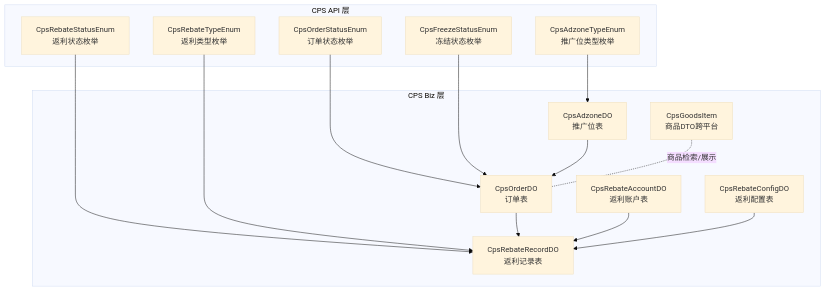
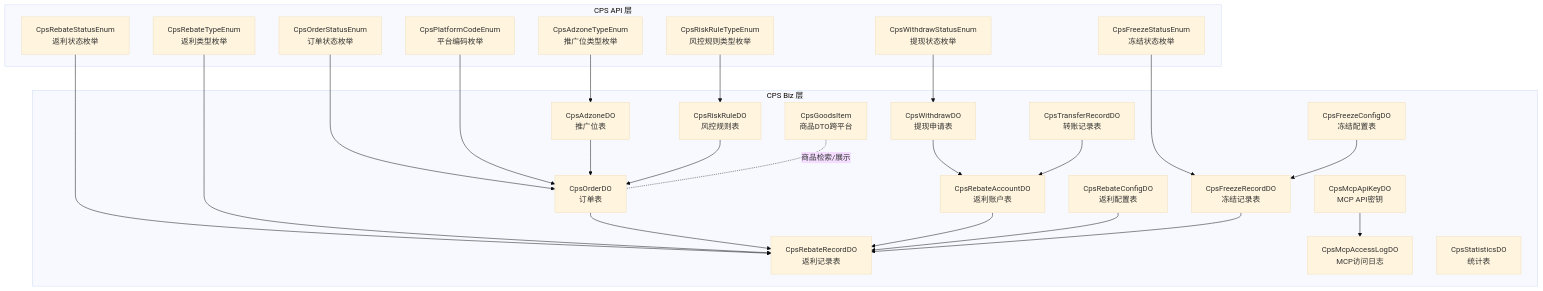
The first of 3 diagrams in .qoder/repowiki/zh/content/数据库设计/核心业务表设计/CPS 业务表设计.md (zhuangpengLI/AgenticCPS), drawn with Mermaid (base theme) before and after one commit. The commit also changed other lines of this file and 42 other files, not shown here.

````diff
--- a/.qoder/repowiki/zh/content/数据库设计/核心业务表设计/CPS 业务表设计.md
+++ b/.qoder/repowiki/zh/content/数据库设计/核心业务表设计/CPS 业务表设计.md
@@ -42,28 +63,48 @@
 ```mermaid
 graph TB
 subgraph "CPS API 层"
 E1["CpsOrderStatusEnum<br/>订单状态枚举"]
 E2["CpsRebateStatusEnum<br/>返利状态枚举"]
 E3["CpsFreezeStatusEnum<br/>冻结状态枚举"]
 E4["CpsAdzoneTypeEnum<br/>推广位类型枚举"]
 E5["CpsRebateTypeEnum<br/>返利类型枚举"]
+E6["CpsRiskRuleTypeEnum<br/>风控规则类型枚举"]
+E7["CpsWithdrawStatusEnum<br/>提现状态枚举"]
+E8["CpsPlatformCodeEnum<br/>平台编码枚举"]
 end
 subgraph "CPS Biz 层"
 O["CpsOrderDO<br/>订单表"]
 A["CpsAdzoneDO<br/>推广位表"]
 R["CpsRebateRecordDO<br/>返利记录表"]
 RA["CpsRebateAccountDO<br/>返利账户表"]
 RC["CpsRebateConfigDO<br/>返利配置表"]
+FC["CpsFreezeConfigDO<br/>冻结配置表"]
+FR["CpsFreezeRecordDO<br/>冻结记录表"]
+MR["CpsMcpAccessLogDO<br/>MCP访问日志"]
+MA["CpsMcpApiKeyDO<br/>MCP API密钥"]
+RR["CpsRiskRuleDO<br/>风控规则表"]
+W["CpsWithdrawDO<br/>提现申请表"]
+TR["CpsTransferRecordDO<br/>转账记录表"]
+S["CpsStatisticsDO<br/>统计表"]
 G["CpsGoodsItem<br/>商品DTO跨平台"]
 end
 E1 --> O
 E2 --> R
-E3 --> O
+E3 --> FR
 E4 --> A
 E5 --> R
+E6 --> RR
+E7 --> W
+E8 --> O
 O --> R
 A --> O
 RA --> R
 RC --> R
+FR --> R
+FC --> FR
+RR --> O
+W --> RA
+TR --> RA
+MA --> MR
 G -. "商品检索/展示" .- O
 ```
````
